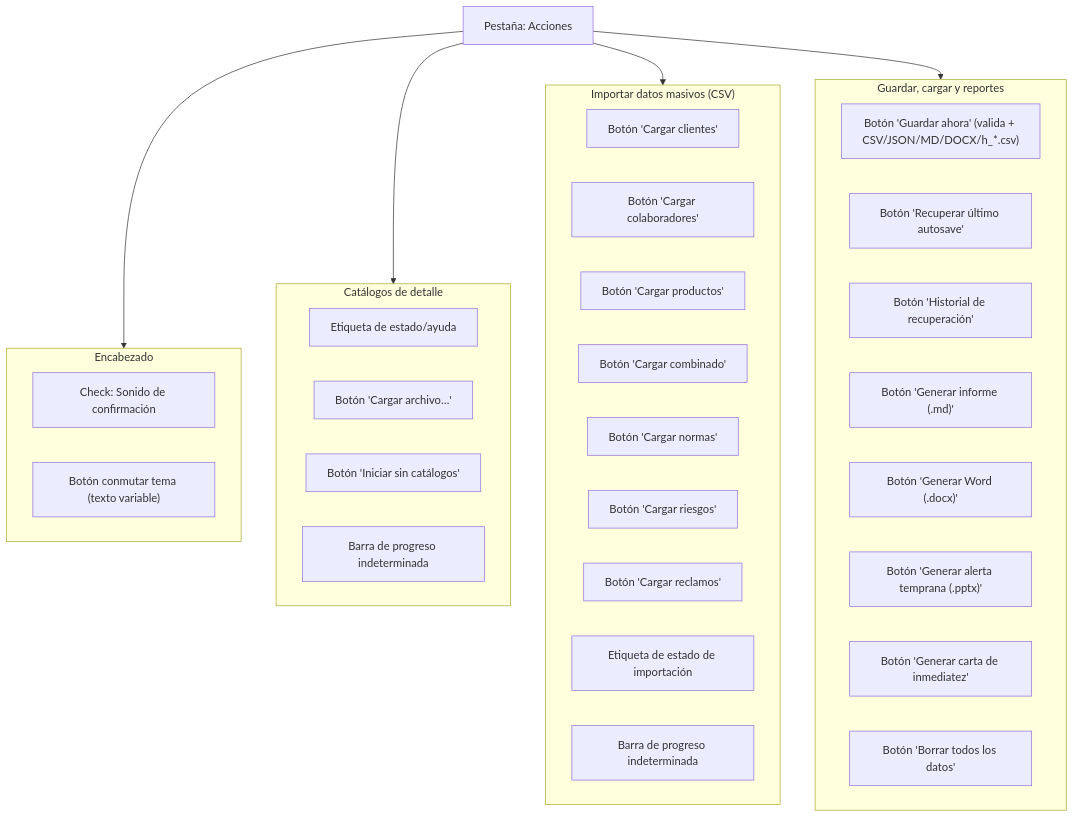
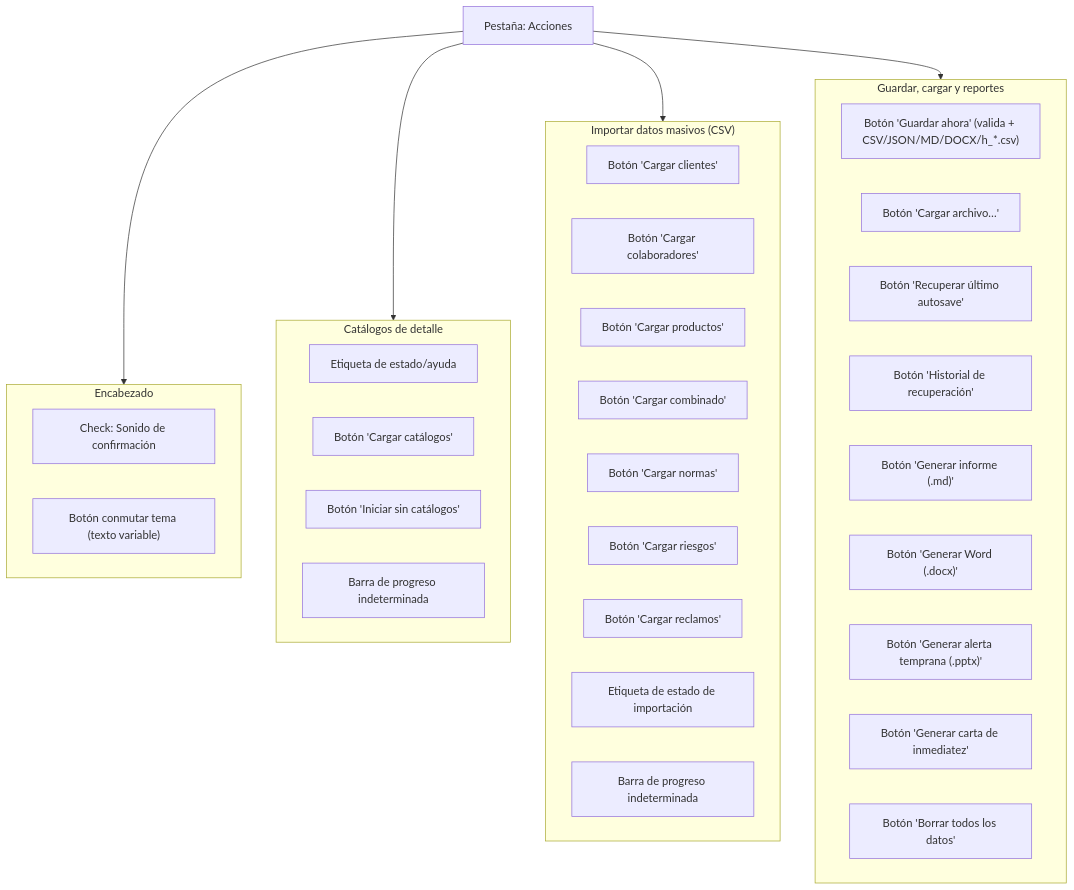
One commit to PillB/Formulario_investigacion changed the diagram in wireframes/tab05_acciones.mmd. Above: the diagram before and after it, drawn with Mermaid. The commit also changed 1 other file, not shown here.

Commit message:
Fix mermaid labels in pitch deck diagrams

```diff
--- a/wireframes/tab05_acciones.mmd
+++ b/wireframes/tab05_acciones.mmd
@@ -1,42 +1,42 @@
 flowchart TB
     tab["Pestaña: Acciones"]
 
     subgraph header["Encabezado"]
         sonido["Check: Sonido de confirmación"]
         tema["Botón conmutar tema (texto variable)"]
     end
     tab --> header
 
     subgraph catalogos["Catálogos de detalle"]
         estado_catalogos["Etiqueta de estado/ayuda"]
-        cargar["Botón 'Cargar catálogos'"]
+        cargar_catalogos["Botón 'Cargar catálogos'"]
         iniciar_sin["Botón 'Iniciar sin catálogos'"]
         barra_catalogos["Barra de progreso indeterminada"]
     end
     tab --> catalogos
 
     subgraph importacion["Importar datos masivos (CSV)"]
         btn_clientes["Botón 'Cargar clientes'"]
         btn_colabs["Botón 'Cargar colaboradores'"]
         btn_productos["Botón 'Cargar productos'"]
         btn_combo["Botón 'Cargar combinado'"]
         btn_normas["Botón 'Cargar normas'"]
         btn_riesgos["Botón 'Cargar riesgos'"]
         btn_reclamos["Botón 'Cargar reclamos'"]
         estado_import["Etiqueta de estado de importación"]
         barra_import["Barra de progreso indeterminada"]
     end
     tab --> importacion
 
     subgraph acciones["Guardar, cargar y reportes"]
         guardar["Botón 'Guardar ahora' (valida + CSV/JSON/MD/DOCX/h_*.csv)"]
-        cargar["Botón 'Cargar archivo…'"]
+        cargar_archivo["Botón 'Cargar archivo…'"]
         autosave["Botón 'Recuperar último autosave'"]
         historial["Botón 'Historial de recuperación'"]
         export_md["Botón 'Generar informe (.md)'"]
         export_docx["Botón 'Generar Word (.docx)'"]
         export_ppt["Botón 'Generar alerta temprana (.pptx)'"]
         carta["Botón 'Generar carta de inmediatez'"]
         borrar["Botón 'Borrar todos los datos'"]
     end
     tab --> acciones
```
